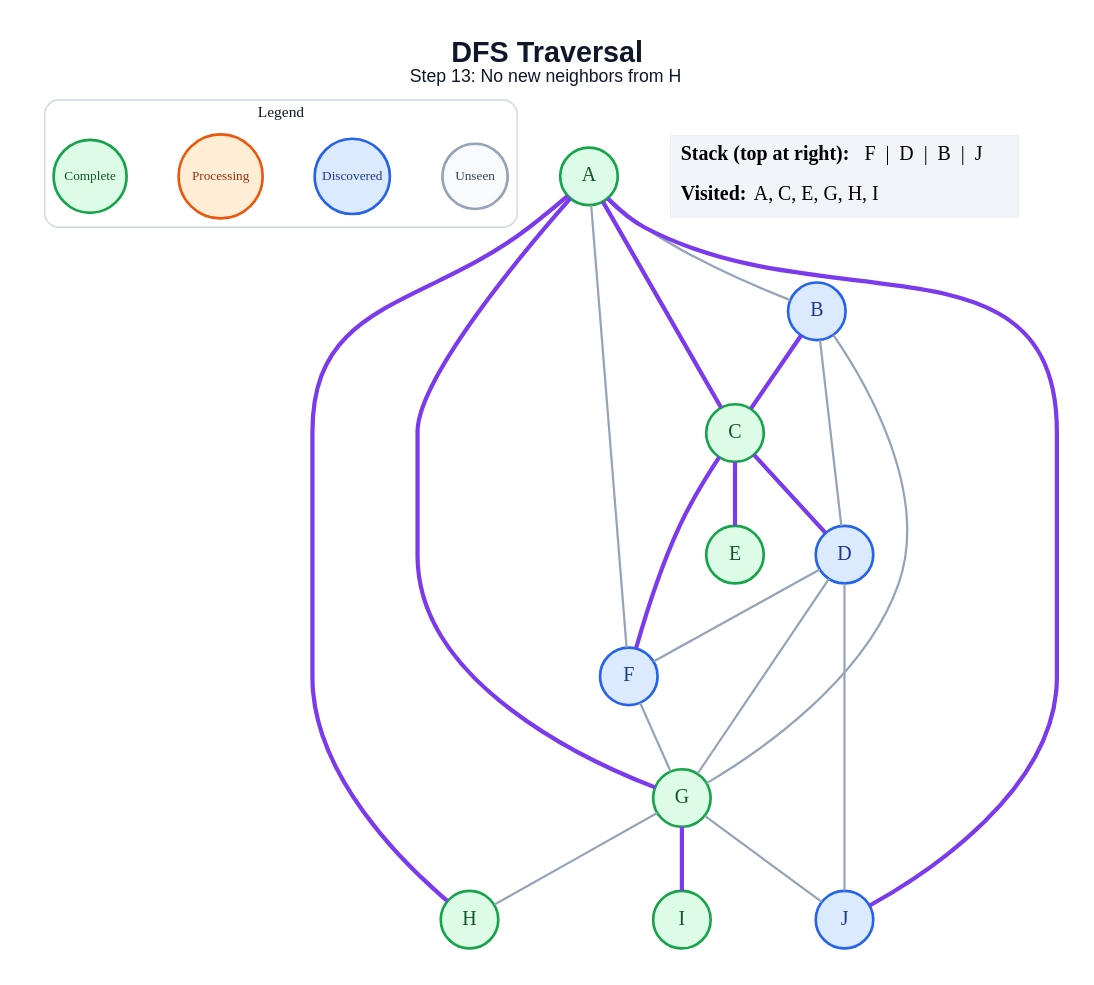
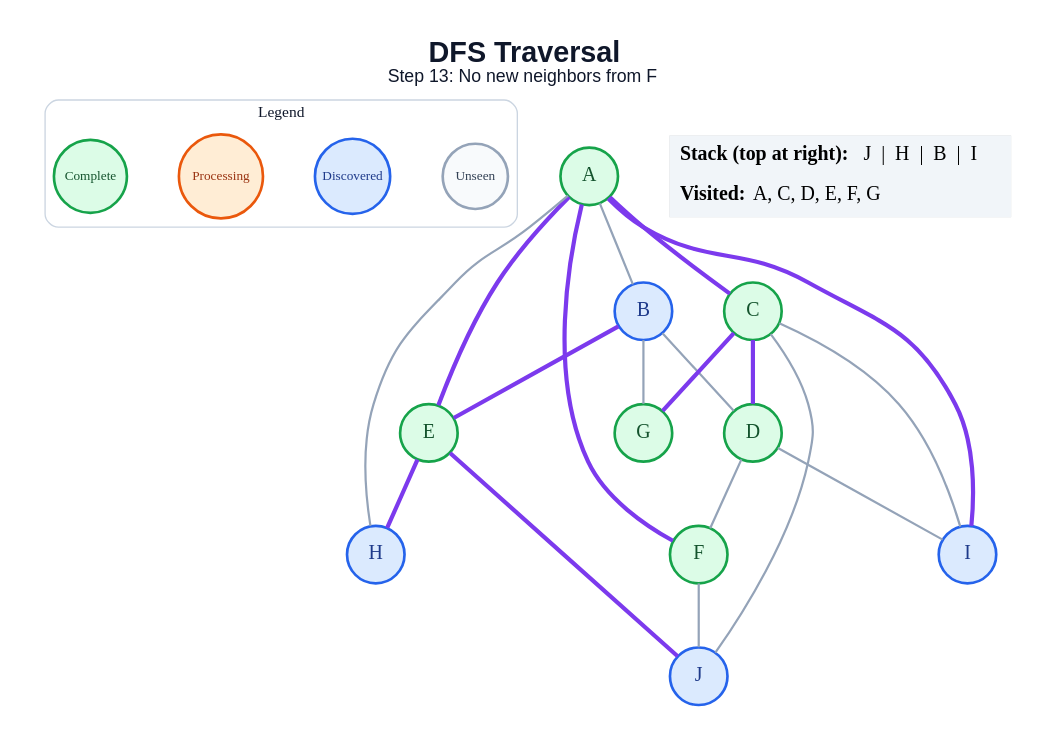
One commit to amanghodawala9/ai-slop changed the diagram in generated/specific-node/dfs/step_13.dot. Above: the diagram before and after it, drawn with Graphviz. The commit also changed 178 other files, not shown here.

```diff
--- a/generated/specific-node/dfs/step_13.dot
+++ b/generated/specific-node/dfs/step_13.dot
@@ -1,48 +1,47 @@
 graph traversal {
   graph [layout=dot, rankdir=TB, bgcolor="#FFFFFF", pad="0.35", nodesep="0.65", ranksep="0.8", fontname="Arial"];
   node [shape=circle, style="filled", fontname="Arial Bold", fontsize=18, width=0.72, fixedsize=true, penwidth=2.4];
   edge [color="#94A3B8", penwidth=2.0];
-  label=<<B>DFS Traversal</B><BR/><FONT POINT-SIZE="16">Step 13: No new neighbors from H</FONT>>; labelloc="t"; fontsize=26; fontname="Arial"; fontcolor="#0F172A";
+  label=<<B>DFS Traversal</B><BR/><FONT POINT-SIZE="16">Step 13: No new neighbors from F</FONT>>; labelloc="t"; fontsize=26; fontname="Arial"; fontcolor="#0F172A";
   subgraph cluster_legend { label="Legend"; color="#CBD5E1"; penwidth=1.2; style="rounded"; fontsize=14; fontname="Arial Bold";
     key_unseen [label="Unseen", fillcolor="#F8FAFC", color="#94A3B8", fontcolor="#334155", fontsize=12, width=0.82];
     key_frontier [label="Discovered", fillcolor="#DBEAFE", color="#2563EB", fontcolor="#1E3A8A", fontsize=12, width=0.95];
     key_current [label="Processing", fillcolor="#FFEDD5", color="#EA580C", fontcolor="#9A3412", fontsize=12, width=1.05];
     key_done [label="Complete", fillcolor="#DCFCE7", color="#16A34A", fontcolor="#14532D", fontsize=12, width=0.92];
     { rank=same; key_unseen; key_frontier; key_current; key_done; }
   }
   A [fillcolor="#DCFCE7", color="#16A34A", fontcolor="#14532D"];
   B [fillcolor="#DBEAFE", color="#2563EB", fontcolor="#1E3A8A"];
   C [fillcolor="#DCFCE7", color="#16A34A", fontcolor="#14532D"];
-  D [fillcolor="#DBEAFE", color="#2563EB", fontcolor="#1E3A8A"];
+  D [fillcolor="#DCFCE7", color="#16A34A", fontcolor="#14532D"];
   E [fillcolor="#DCFCE7", color="#16A34A", fontcolor="#14532D"];
-  F [fillcolor="#DBEAFE", color="#2563EB", fontcolor="#1E3A8A"];
+  F [fillcolor="#DCFCE7", color="#16A34A", fontcolor="#14532D"];
   G [fillcolor="#DCFCE7", color="#16A34A", fontcolor="#14532D"];
-  H [fillcolor="#DCFCE7", color="#16A34A", fontcolor="#14532D"];
-  I [fillcolor="#DCFCE7", color="#16A34A", fontcolor="#14532D"];
+  H [fillcolor="#DBEAFE", color="#2563EB", fontcolor="#1E3A8A"];
+  I [fillcolor="#DBEAFE", color="#2563EB", fontcolor="#1E3A8A"];
   J [fillcolor="#DBEAFE", color="#2563EB", fontcolor="#1E3A8A"];
   A -- B;
   A -- C [color="#7C3AED", penwidth=3.8];
-  A -- F;
-  A -- G [color="#7C3AED", penwidth=3.8];
-  A -- H [color="#7C3AED", penwidth=3.8];
-  A -- J [color="#7C3AED", penwidth=3.8];
-  B -- C [color="#7C3AED", penwidth=3.8];
+  A -- E [color="#7C3AED", penwidth=3.8];
+  A -- F [color="#7C3AED", penwidth=3.8];
+  A -- H;
+  A -- I [color="#7C3AED", penwidth=3.8];
   B -- D;
+  B -- E [color="#7C3AED", penwidth=3.8];
   B -- G;
   C -- D [color="#7C3AED", penwidth=3.8];
-  C -- E [color="#7C3AED", penwidth=3.8];
-  C -- F [color="#7C3AED", penwidth=3.8];
+  C -- G [color="#7C3AED", penwidth=3.8];
+  C -- I;
+  C -- J;
   D -- F;
-  D -- G;
-  D -- J;
-  F -- G;
-  G -- H;
-  G -- I [color="#7C3AED", penwidth=3.8];
-  G -- J;
+  D -- I;
+  E -- H [color="#7C3AED", penwidth=3.8];
+  E -- J [color="#7C3AED", penwidth=3.8];
+  F -- J;
   status [shape=plain, fixedsize=false, width=0, height=0, margin=0, label=<
     <TABLE BORDER="0" CELLBORDER="0" CELLPADDING="7" BGCOLOR="#F1F5F9">
-      <TR><TD ALIGN="LEFT"><B>Stack (top at right):</B> F  |  D  |  B  |  J</TD></TR>
-      <TR><TD ALIGN="LEFT"><B>Visited:</B> A, C, E, G, H, I</TD></TR>
+      <TR><TD ALIGN="LEFT"><B>Stack (top at right):</B> J  |  H  |  B  |  I</TD></TR>
+      <TR><TD ALIGN="LEFT"><B>Visited:</B> A, C, D, E, F, G</TD></TR>
     </TABLE>
   >];
 }
```
